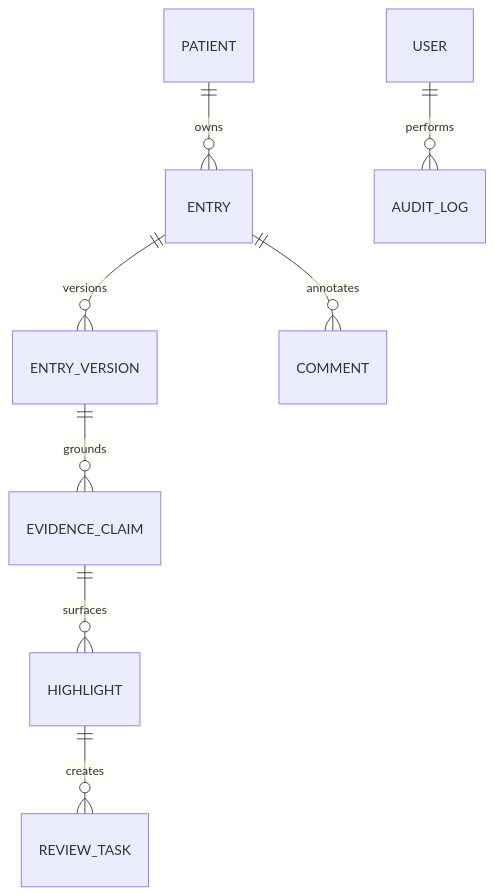
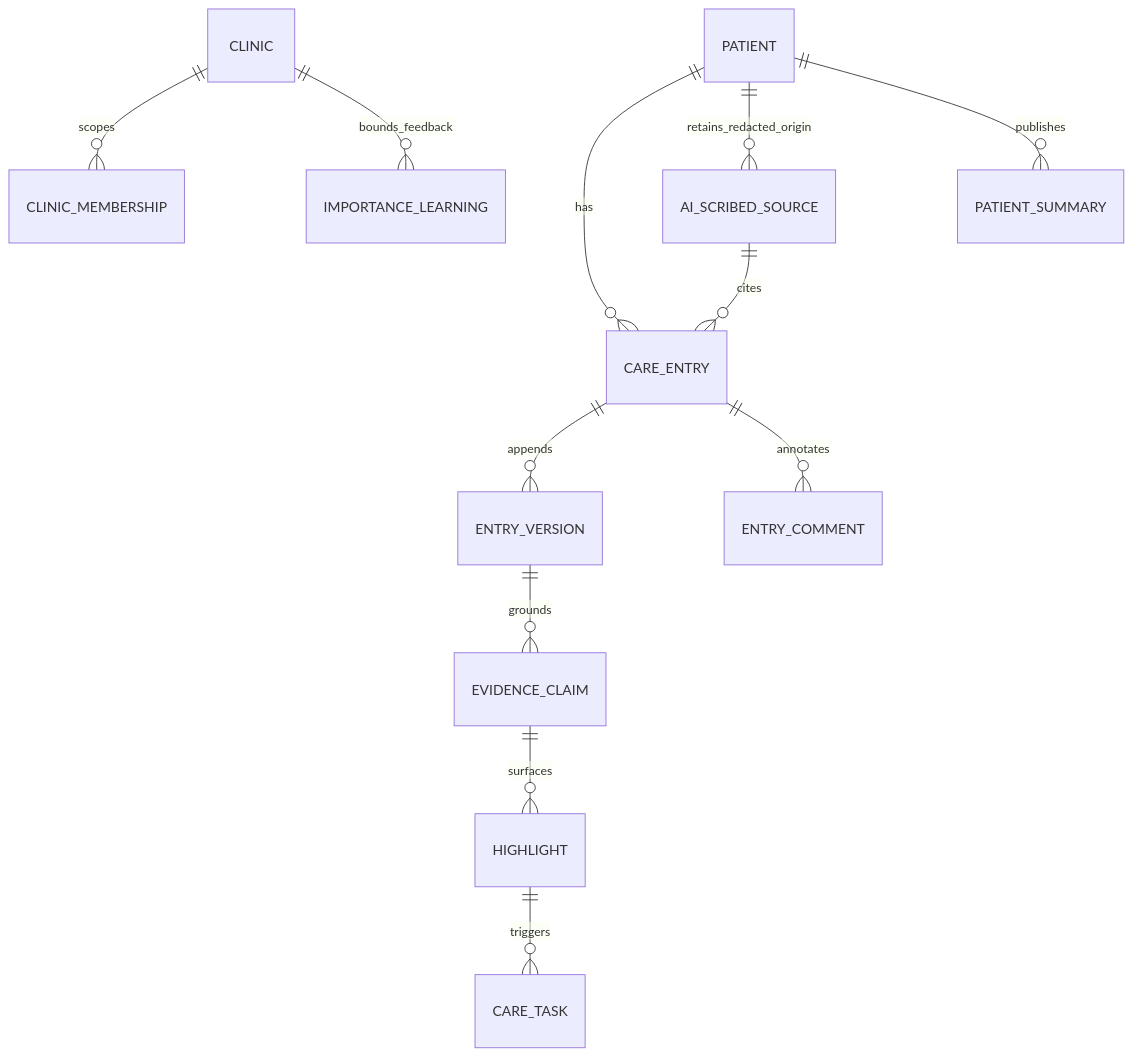
The second of 2 diagrams in docs/technical-brief.md (aqua182/72hours), drawn with Mermaid before and after one commit. The commit also changed other lines of this file and 25 other files, not shown here.

````diff
--- a/docs/technical-brief.md
+++ b/docs/technical-brief.md
@@ -33,10 +44,14 @@
 ```mermaid
 erDiagram
-  PATIENT ||--o{ ENTRY : owns
-  ENTRY ||--o{ ENTRY_VERSION : versions
+  CLINIC ||--o{ CLINIC_MEMBERSHIP : scopes
+  PATIENT ||--o{ CARE_ENTRY : has
+  CARE_ENTRY ||--o{ ENTRY_VERSION : appends
+  CARE_ENTRY ||--o{ ENTRY_COMMENT : annotates
   ENTRY_VERSION ||--o{ EVIDENCE_CLAIM : grounds
   EVIDENCE_CLAIM ||--o{ HIGHLIGHT : surfaces
-  HIGHLIGHT ||--o{ REVIEW_TASK : creates
-  ENTRY ||--o{ COMMENT : annotates
-  USER ||--o{ AUDIT_LOG : performs
+  HIGHLIGHT ||--o{ CARE_TASK : triggers
+  PATIENT ||--o{ AI_SCRIBED_SOURCE : retains_redacted_origin
+  AI_SCRIBED_SOURCE ||--o{ CARE_ENTRY : cites
+  PATIENT ||--o{ PATIENT_SUMMARY : publishes
+  CLINIC ||--o{ IMPORTANCE_LEARNING : bounds_feedback
 ```
````
